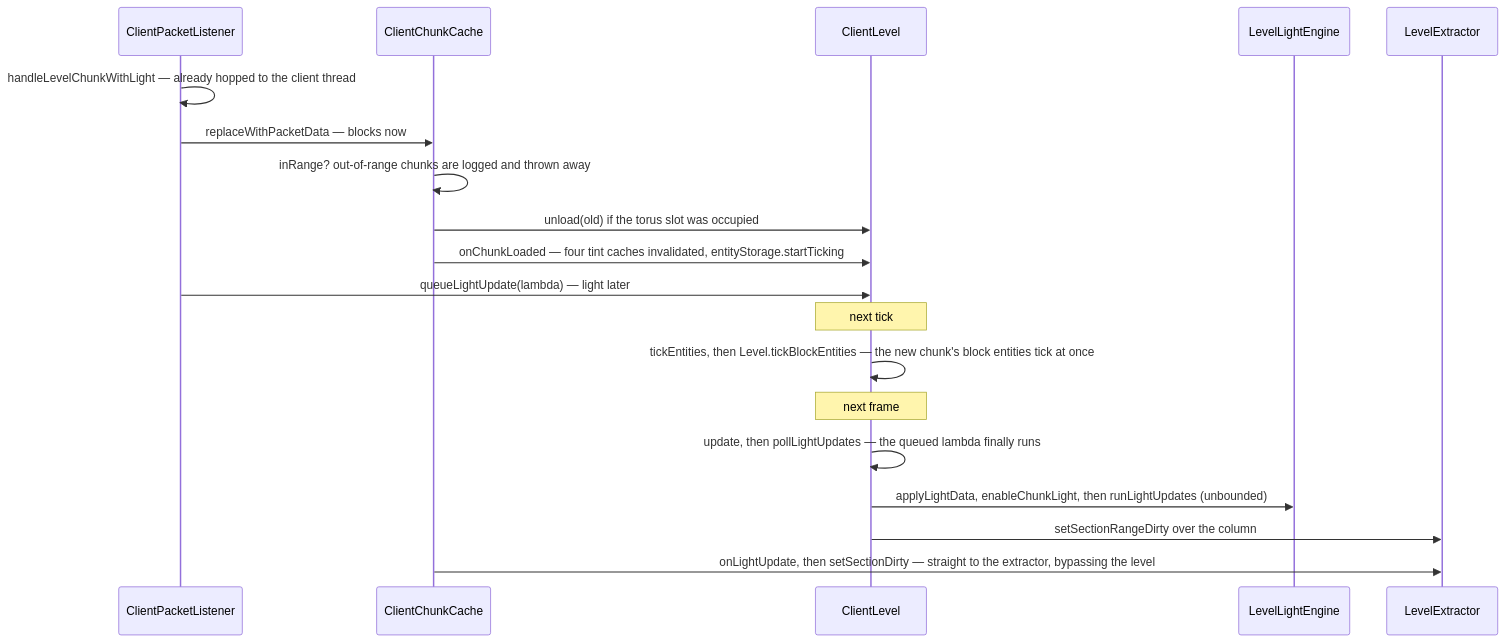
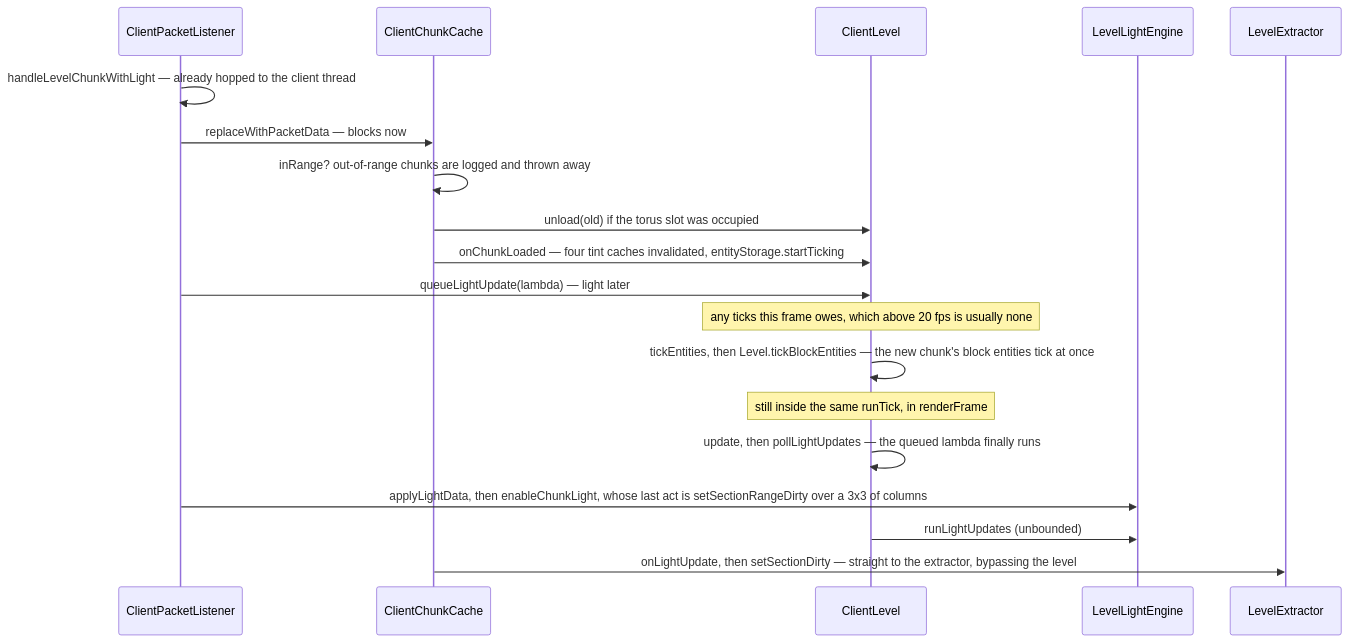
One commit to AlexanderjFraser/MinecraftDocs changed the diagram in src/systems/client/the-client-level.md. Above: the diagram before and after it, drawn with Mermaid. The commit also changed other lines of this file and 7 other files, not shown here.

````diff
--- a/src/systems/client/the-client-level.md
+++ b/src/systems/client/the-client-level.md
@@ -102,22 +106,22 @@
 ```mermaid
 sequenceDiagram
     participant CPL as ClientPacketListener
     participant CCC as ClientChunkCache
     participant CL as ClientLevel
     participant LLE as LevelLightEngine
     participant LX as LevelExtractor
 
     CPL->>CPL: handleLevelChunkWithLight — already hopped to the client thread
     CPL->>CCC: replaceWithPacketData — blocks now
     CCC->>CCC: inRange? out-of-range chunks are logged and thrown away
     CCC->>CL: unload(old) if the torus slot was occupied
     CCC->>CL: onChunkLoaded — four tint caches invalidated, entityStorage.startTicking
     CPL->>CL: queueLightUpdate(lambda) — light later
-    Note over CL: next tick
+    Note over CL: any ticks this frame owes, which above 20 fps is usually none
     CL->>CL: tickEntities, then Level.tickBlockEntities — the new chunk's block entities tick at once
-    Note over CL: next frame
+    Note over CL: still inside the same runTick, in renderFrame
     CL->>CL: update, then pollLightUpdates — the queued lambda finally runs
-    CL->>LLE: applyLightData, enableChunkLight, then runLightUpdates (unbounded)
-    CL->>LX: setSectionRangeDirty over the column
+    CPL->>LLE: applyLightData, then enableChunkLight, whose last act is setSectionRangeDirty over a 3x3 of columns
+    CL->>LLE: runLightUpdates (unbounded)
     CCC->>LX: onLightUpdate, then setSectionDirty — straight to the extractor, bypassing the level
 ```
````
